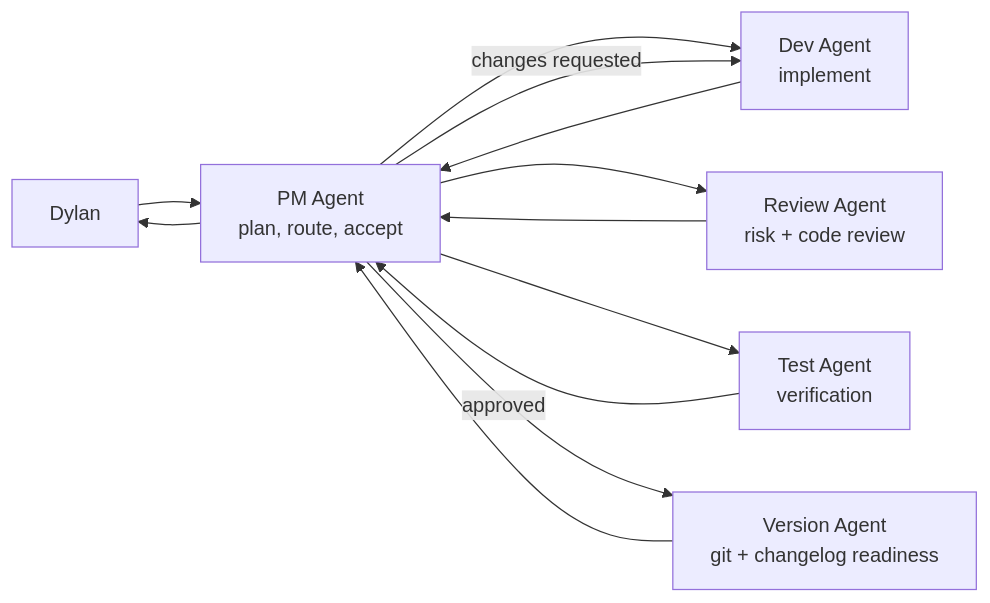
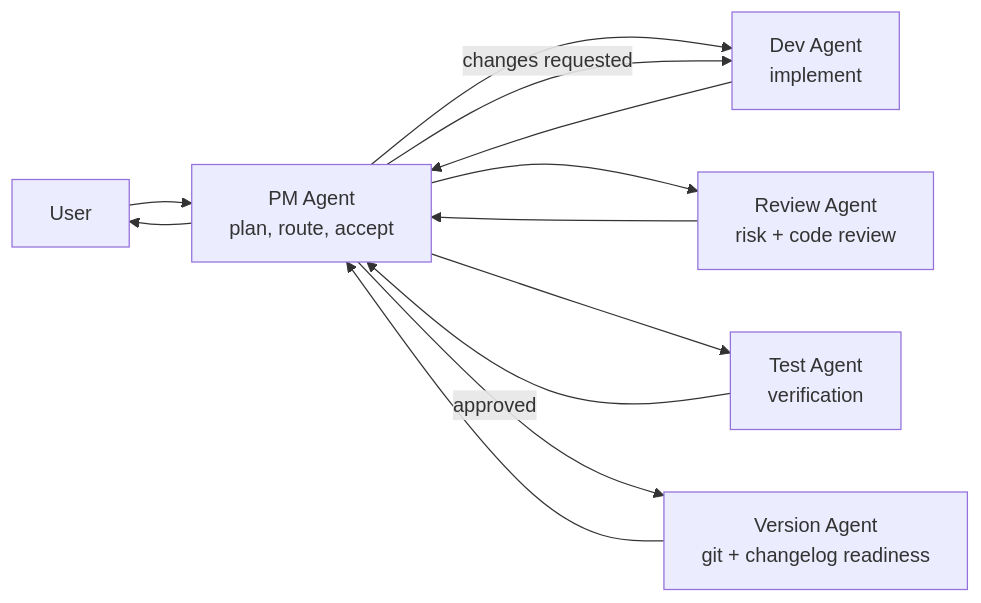
Before and after one commit to DylanZhangzzz/RelayLoop: the diagram in README.md, drawn with Mermaid. The commit also changed other lines of this file and 1 other file, not shown here.

Commit message:
docs: clarify RelayLoop user-in-the-loop language

````diff
--- a/README.md
+++ b/README.md
@@ -244,14 +255,14 @@
 ```mermaid
 flowchart LR
-    D["Dylan"] --> PM["PM Agent<br/>plan, route, accept"]
+    U["User"] --> PM["PM Agent<br/>plan, route, accept"]
     PM --> DEV["Dev Agent<br/>implement"]
     DEV --> PM
     PM --> REV["Review Agent<br/>risk + code review"]
     PM --> TEST["Test Agent<br/>verification"]
     REV --> PM
     TEST --> PM
     PM -->|changes requested| DEV
     PM -->|approved| VER["Version Agent<br/>git + changelog readiness"]
     VER --> PM
-    PM --> D
+    PM --> U
 ```
````
